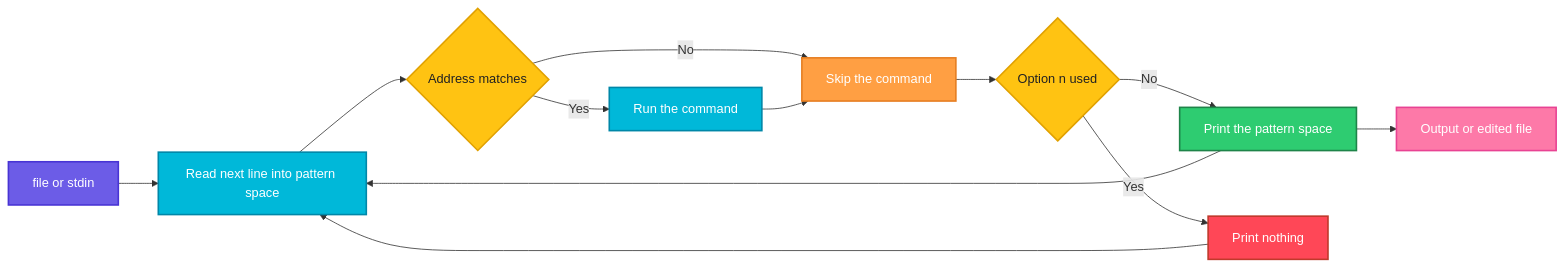
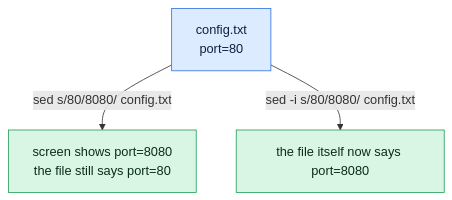
Before and after one commit to codeKerdosTech/DevOps-Documentation: the diagram in linux/text-processing/sed.md, drawn with Mermaid. The commit also changed other lines of this file and 165 other files, not shown here.

Commit message:
updated diagrams in linux

````diff
--- a/linux/text-processing/sed.md
+++ b/linux/text-processing/sed.md
@@ -18,28 +18,12 @@
 ```mermaid
-flowchart LR
-    A[file or stdin] --> B[Read next line into pattern space]
-    B --> C{Address matches}
-    C -->|No| E[Skip the command]
-    C -->|Yes| D[Run the command]
-    D --> E
-    E --> F{Option n used}
-    F -->|No| G[Print the pattern space]
-    F -->|Yes| H[Print nothing]
-    G --> I[Output or edited file]
-    H --> B
-    G --> B
-    classDef start fill:#6C5CE7,stroke:#4834D4,stroke-width:2px,color:#fff
-    classDef proc fill:#00B8D9,stroke:#0087A8,stroke-width:2px,color:#fff
-    classDef dec fill:#FFC312,stroke:#E1A100,stroke-width:2px,color:#222
-    classDef ok fill:#2ECC71,stroke:#1E8449,stroke-width:2px,color:#fff
-    classDef err fill:#FF4757,stroke:#C0392B,stroke-width:2px,color:#fff
-    classDef out fill:#FD79A8,stroke:#E84393,stroke-width:2px,color:#fff
-    classDef alt fill:#FF9F43,stroke:#E67E22,stroke-width:2px,color:#fff
-    class A start
-    class B,D proc
-    class C,F dec
-    class E alt
-    class G ok
-    class H err
-    class I out
+flowchart TD
+    i1[config.txt<br/>port=80] -->|sed s/80/8080/ config.txt| o1[screen shows port=8080<br/>the file still says port=80]
+    i1 -->|sed -i s/80/8080/ config.txt| o2[the file itself now says port=8080]
+    classDef inp fill:#DCEBFF,stroke:#2F6FDE,color:#10213F
+    classDef cmd fill:#FFF0C2,stroke:#C98A00,color:#3A2A00
+    classDef out fill:#D9F5E3,stroke:#1F9D55,color:#0B2E1A
+    classDef bad fill:#FDE0E0,stroke:#D13B3B,color:#4A0F0F
+    classDef note fill:#ECEFF3,stroke:#7B8794,color:#1F2933
+    class i1 inp
+    class o1,o2 out
 ```
````
